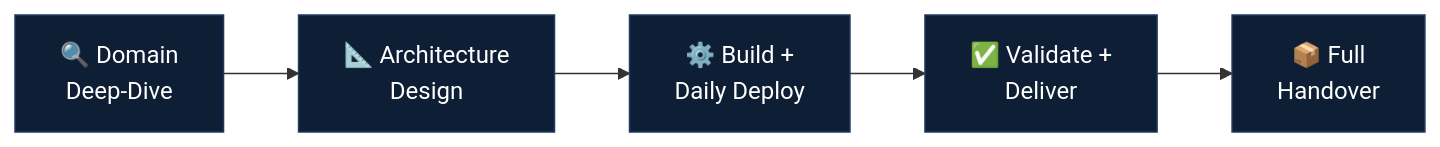
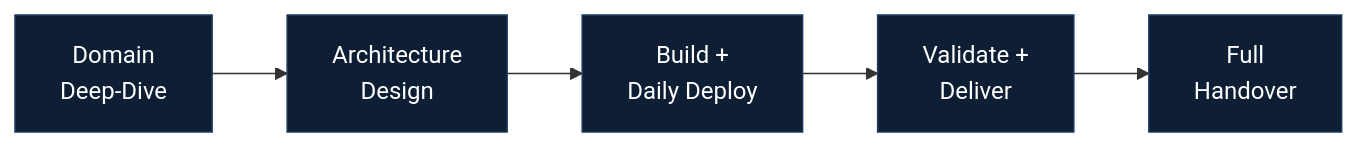
One commit to MinjungPark/MinjungPark changed the first of 2 diagrams in README.md. Above: the diagram before and after it, drawn with Mermaid.

````diff
--- a/README.md
+++ b/README.md
@@ -45,12 +45,12 @@
 ```mermaid
 graph LR
-    A[🔍 Domain\nDeep-Dive] --> B[📐 Architecture\nDesign]
-    B --> C[⚙️ Build +\nDaily Deploy]
-    C --> D[✅ Validate +\nDeliver]
-    D --> E[📦 Full\nHandover]
+    A[Domain\nDeep-Dive] --> B[Architecture\nDesign]
+    B --> C[Build +\nDaily Deploy]
+    C --> D[Validate +\nDeliver]
+    D --> E[Full\nHandover]
     style A fill:#0e1f35,stroke:#1e3a5f,color:#fff
     style B fill:#0e1f35,stroke:#1e3a5f,color:#fff
     style C fill:#0e1f35,stroke:#1e3a5f,color:#fff
     style D fill:#0e1f35,stroke:#1e3a5f,color:#fff
     style E fill:#0e1f35,stroke:#1e3a5f,color:#fff
 ```
````
